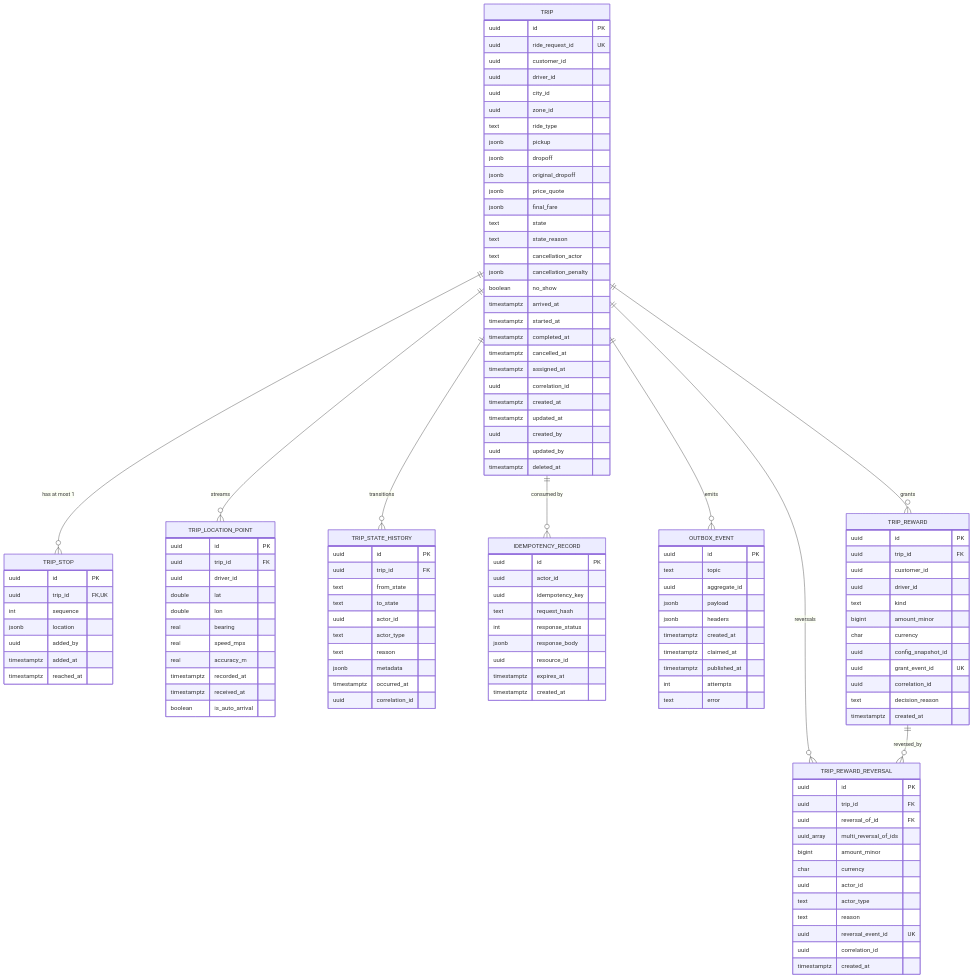
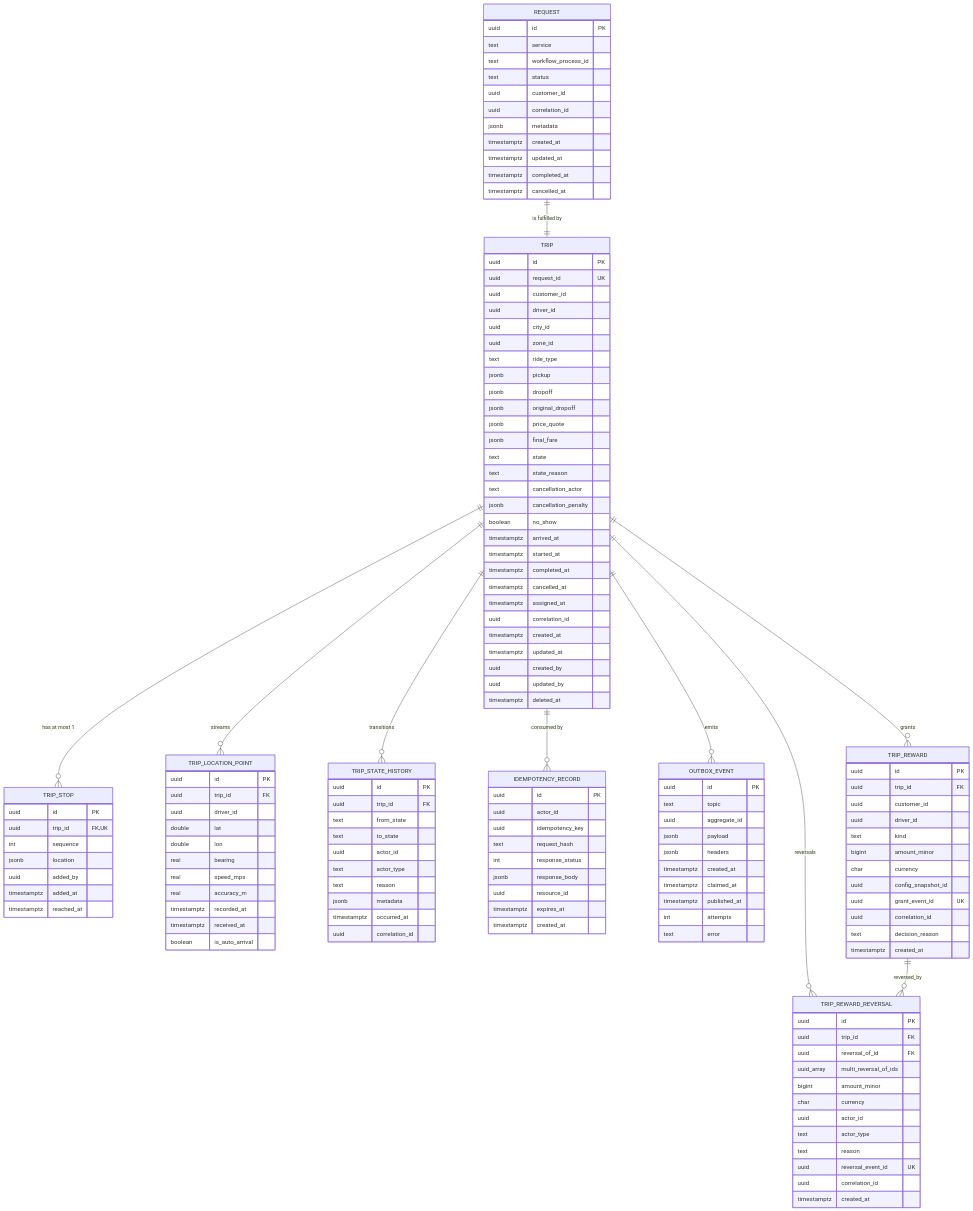
Before and after one commit to mohamedhabibwork/trips-enjoy-docs: the diagram in docs/services/trip-service/ERD.md, drawn with Mermaid. The commit also changed other lines of this file and 201 other files, not shown here.

````diff
--- a/docs/services/trip-service/ERD.md
+++ b/docs/services/trip-service/ERD.md
@@ -289,14 +321,29 @@
 ```mermaid
 erDiagram
+    REQUEST ||--|| TRIP : "is fulfilled by"
     TRIP ||--o{ TRIP_STOP : "has at most 1"
     TRIP ||--o{ TRIP_LOCATION_POINT : "streams"
     TRIP ||--o{ TRIP_STATE_HISTORY : "transitions"
     TRIP ||--o{ IDEMPOTENCY_RECORD : "consumed by"
     TRIP ||--o{ OUTBOX_EVENT : "emits"
 
+    REQUEST {
+        uuid id PK
+        text service
+        text workflow_process_id
+        text status
+        uuid customer_id
+        uuid correlation_id
+        jsonb metadata
+        timestamptz created_at
+        timestamptz updated_at
+        timestamptz completed_at
+        timestamptz cancelled_at
+    }
+
     TRIP {
         uuid id PK
-        uuid ride_request_id UK
+        uuid request_id UK
         uuid customer_id
         uuid driver_id
         uuid city_id
````
